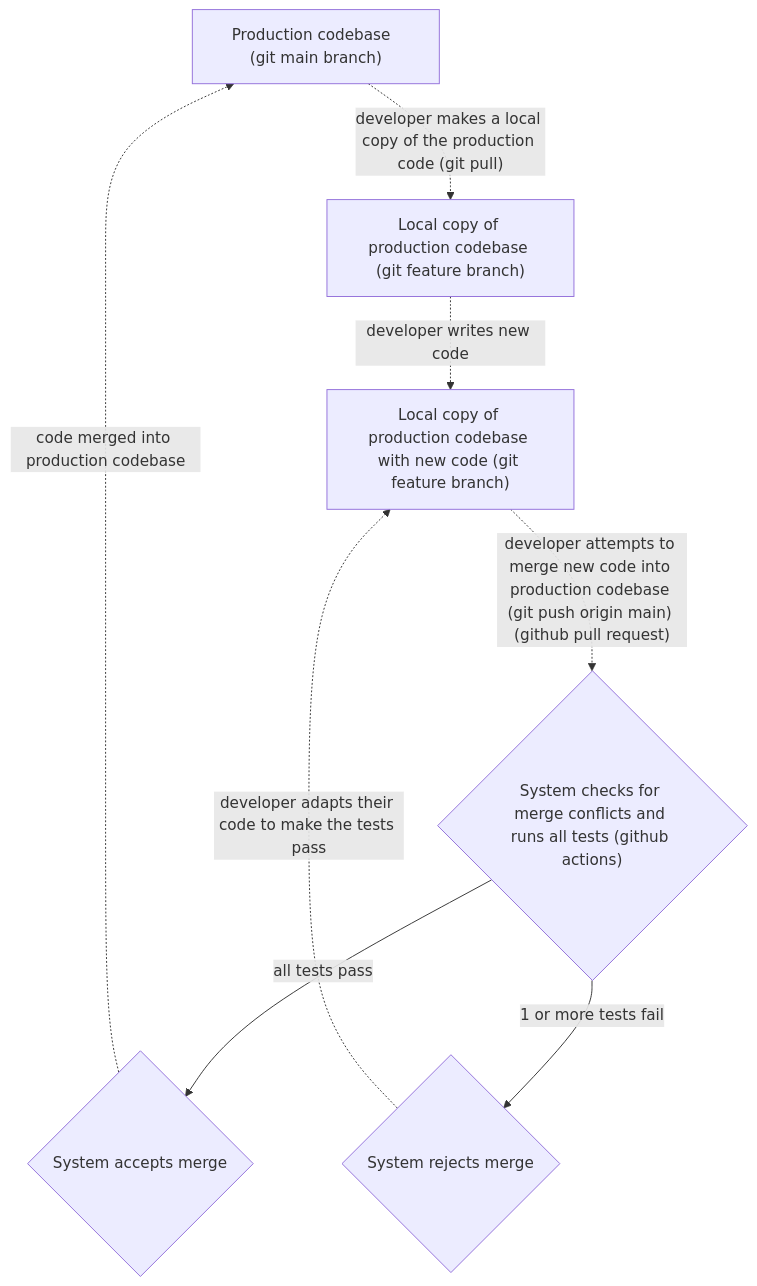
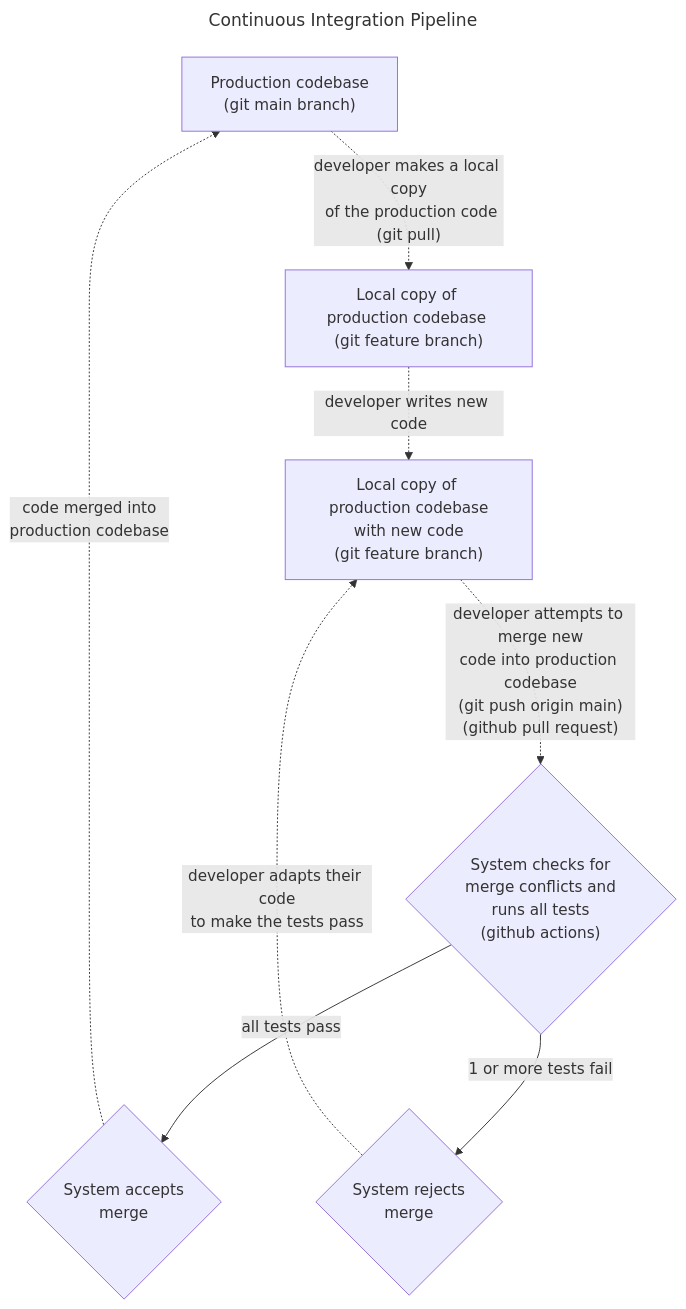
Before and after one commit to shanebarakat/python-github-ci-pipeline: the diagram in README.md, drawn with Mermaid. The commit also changed other lines of this file and 1 other file, not shown here.

Commit message:
fix(README.md-tutorial.md): fixed mermaidJS error on github by removing unicode symbols

````diff
--- a/README.md
+++ b/README.md
@@ -27,10 +13,13 @@
 ```mermaid
+---
+title: Continuous Integration Pipeline
+---
 flowchart TD;
-    A["Production codebase  (git main branch)"] -. "developer makes a local copy of the production code (git pull)" .-> B["Local copy of production codebase (git feature branch)"]
-    B -. "developer writes new code" .-> C["Local copy of production codebase with new code (git feature branch)"]
-    C -. "developer attempts to merge new code into production codebase (git push origin main) (github pull request)" .-> D{"System checks for merge conflicts and runs all tests (github actions)"}
-    D -- "all tests pass" --> E{System accepts merge}
-    E -. "code merged into production codebase" .-> A
-    D -- "1 or more tests fail" --> F{System rejects  merge}
-    F -. "developer adapts their code to make the tests pass" .-> C
+    A["Production codebase <br>(git main branch)"] -. "developer makes a local copy<br> of the production code<br>(git pull)" .-> B["Local copy of production codebase <br>(git feature branch)"]
+    B -. "developer writes new code" .-> C["Local copy of production codebase<br>with new code<br>(git feature branch)"]
+    C -. "developer attempts to merge new<br>code into production codebase<br>(git push origin main)<br>(github pull request)" .-> D{"System checks for<br>merge conflicts and<br>runs all tests<br>(github actions)"}
+    D -- "all tests pass" --> E{System accepts <br>merge}
+    E -. "code merged into<br>production codebase " .-> A
+    D -- "1 or more tests fail" --> F{System rejects <br>merge}
+    F -. "developer adapts their code<br>to make the tests pass" .-> C
 ```
````
